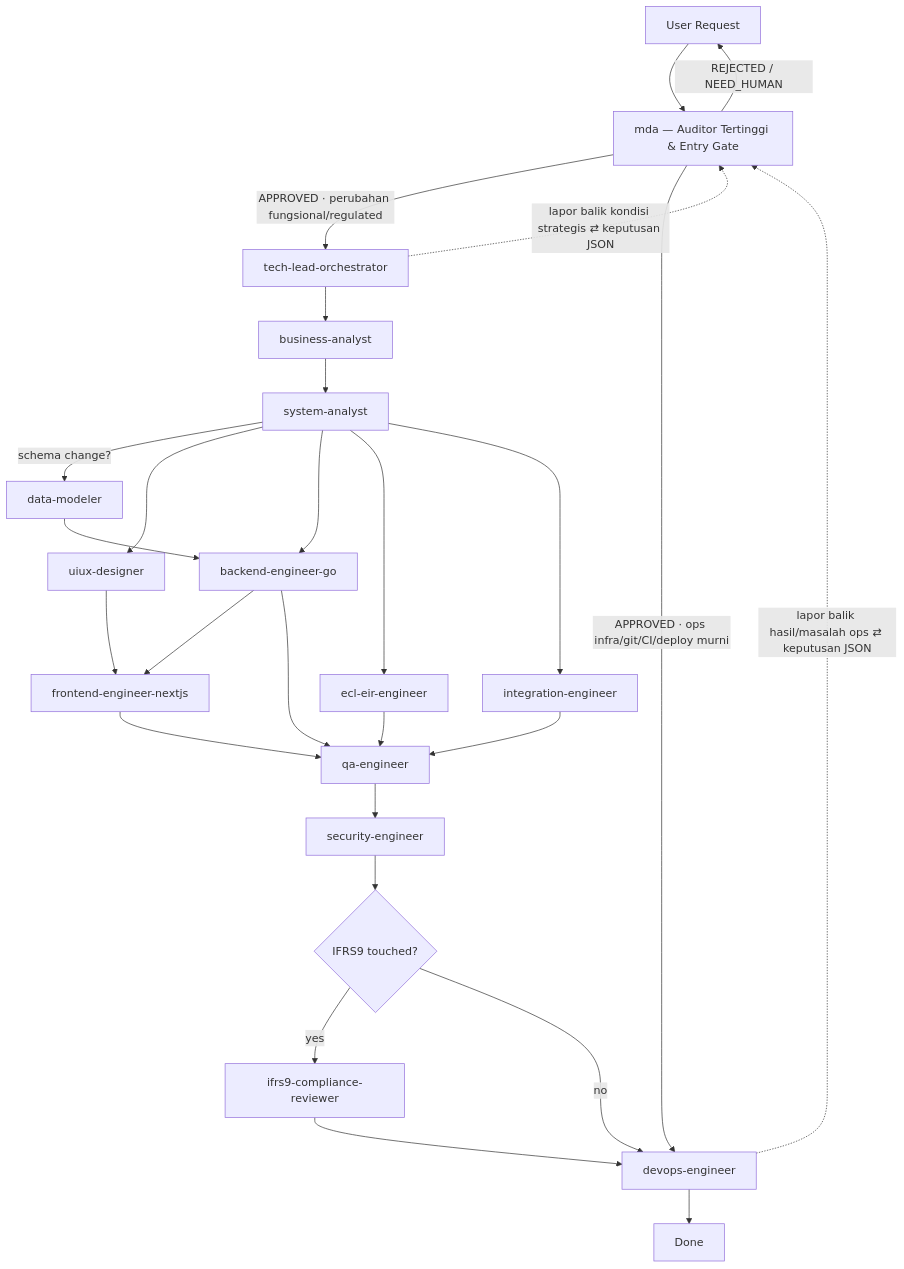
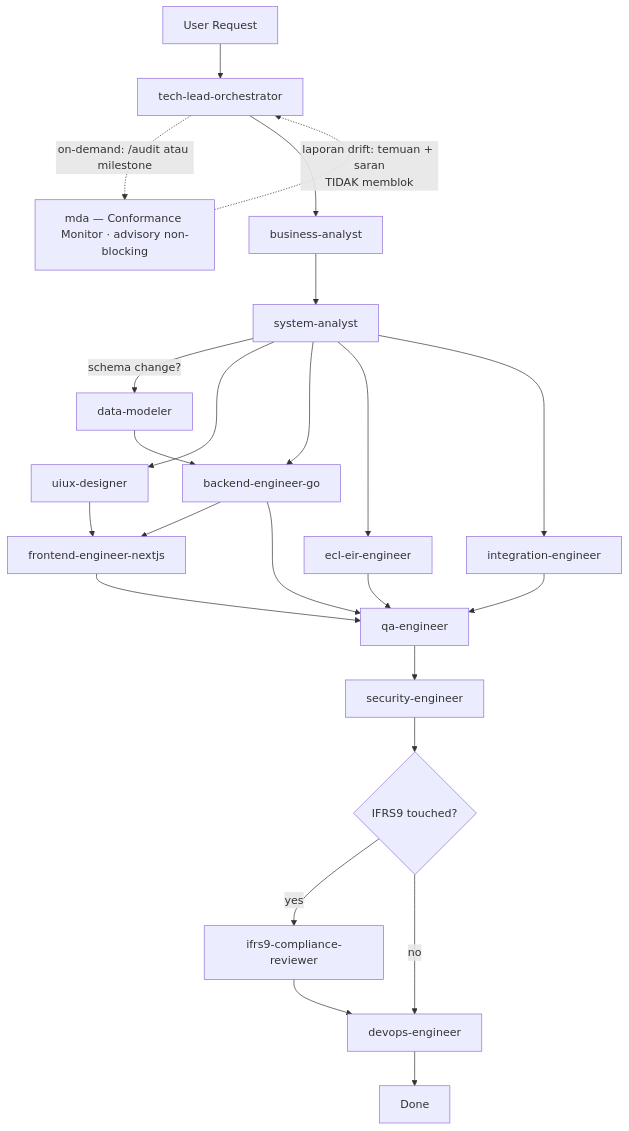
One commit to fairuzzbd/ifrs9ai changed the diagram in .claude/AGENT-TEAM.md. Above: the diagram before and after it, drawn with Mermaid. The commit also changed other lines of this file and 5 other files, not shown here.

````diff
--- a/.claude/AGENT-TEAM.md
+++ b/.claude/AGENT-TEAM.md
@@ -62,29 +62,26 @@
 ```mermaid
 flowchart TD
-    U[User Request] --> MDA[mda — Auditor Tertinggi & Entry Gate]
-    MDA -->|APPROVED · perubahan fungsional/regulated| O[tech-lead-orchestrator]
-    MDA -->|APPROVED · ops infra/git/CI/deploy murni| DEV[devops-engineer]
-    O -.->|lapor balik kondisi strategis ⇄ keputusan JSON| MDA
-    DEV -.->|lapor balik hasil/masalah ops ⇄ keputusan JSON| MDA
-    MDA -->|REJECTED / NEED_HUMAN| U
+    U[User Request] --> O[tech-lead-orchestrator]
+    O -.->|on-demand: /audit atau milestone| MDA[mda — Conformance Monitor · advisory non-blocking]
+    MDA -.->|laporan drift: temuan + saran<br/>TIDAK memblok| O
     O --> BA[business-analyst]
     BA --> SA[system-analyst]
     SA -->|schema change?| DM[data-modeler]
     SA --> UX[uiux-designer]
     DM --> BE
     SA --> BE[backend-engineer-go]
     SA --> ECL[ecl-eir-engineer]
     SA --> INT[integration-engineer]
     UX --> FE[frontend-engineer-nextjs]
     BE --> FE
     BE --> QA[qa-engineer]
     ECL --> QA
     INT --> QA
     FE --> QA
     QA --> SEC[security-engineer]
     SEC --> CR{IFRS9 touched?}
     CR -->|yes| IFRS[ifrs9-compliance-reviewer]
     CR -->|no| DEV[devops-engineer]
     IFRS --> DEV
     DEV --> DONE[Done]
 ```
````
